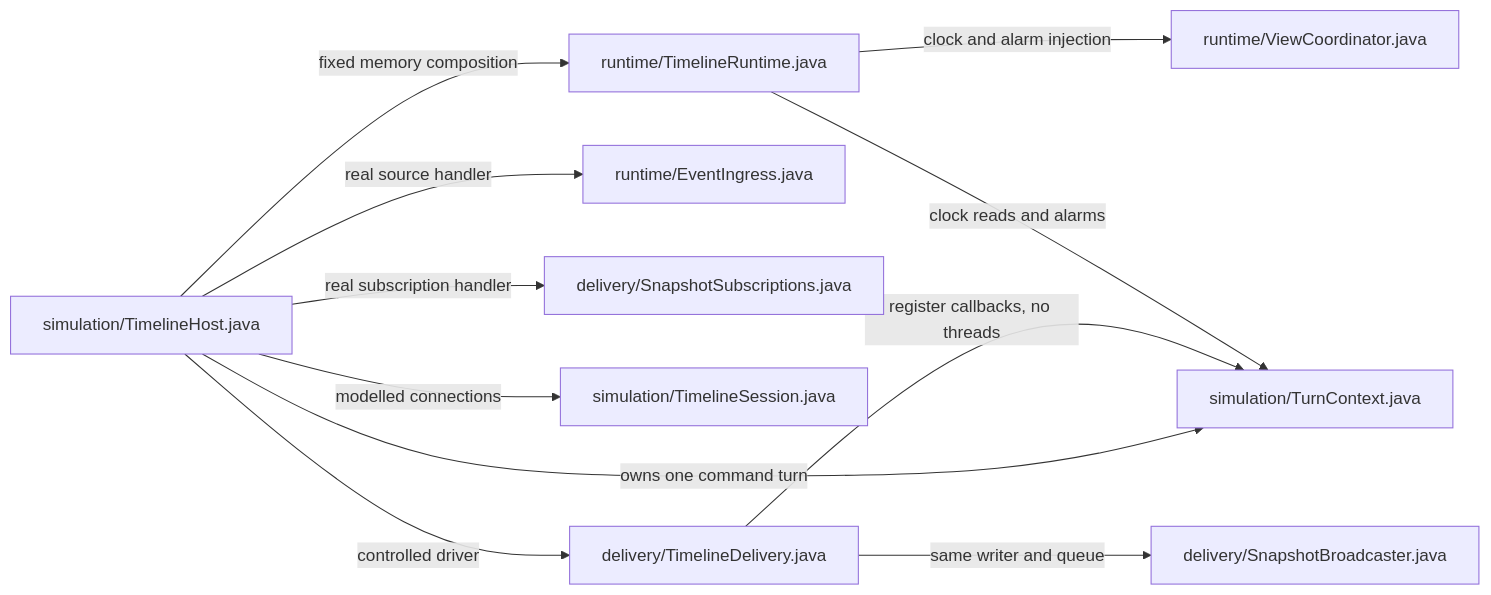
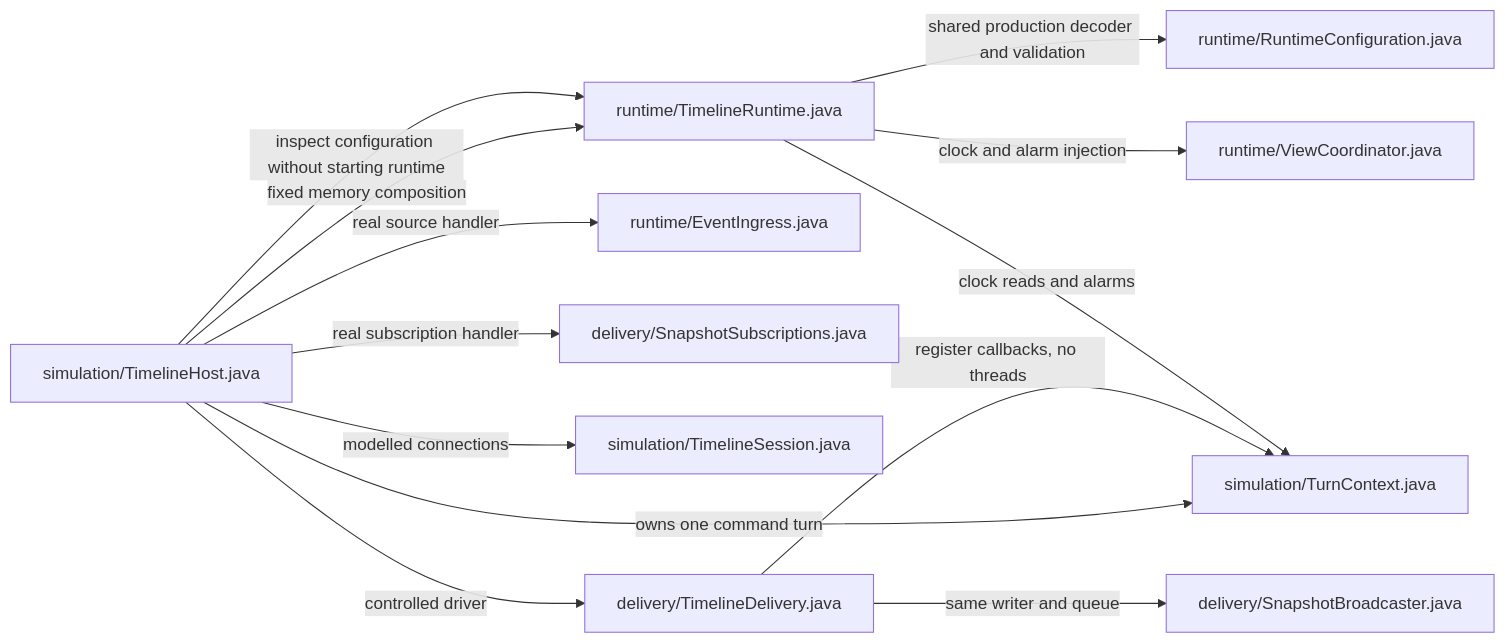
One commit to sproates/zooglass changed diagram 15 of 15 in zooglass/docs/source-map.md. Above: the diagram before and after it, drawn with Mermaid. The commit also changed 8 other files, not shown here.

Commit message:
Inspect scenario configuration against the prepared runtime artifact

````diff
--- a/zooglass/docs/source-map.md
+++ b/zooglass/docs/source-map.md
@@ -485,13 +485,15 @@
 ```mermaid
 flowchart LR
   host["simulation/TimelineHost.java"] -->|owns one command turn| turn["simulation/TurnContext.java"]
   host -->|fixed memory composition| runtime["runtime/TimelineRuntime.java"]
+  host -->|inspect configuration without starting runtime| runtime
+  runtime -->|shared production decoder and validation| configuration["runtime/RuntimeConfiguration.java"]
   runtime -->|clock and alarm injection| coordinator["runtime/ViewCoordinator.java"]
   host -->|real source handler| ingress["runtime/EventIngress.java"]
   host -->|real subscription handler| subscriptions["delivery/SnapshotSubscriptions.java"]
   host -->|modelled connections| session["simulation/TimelineSession.java"]
   host -->|controlled driver| driver["delivery/TimelineDelivery.java"]
   driver -->|same writer and queue| broadcaster["delivery/SnapshotBroadcaster.java"]
   driver -->|register callbacks, no threads| turn
   runtime -->|clock reads and alarms| turn
 ```
````
